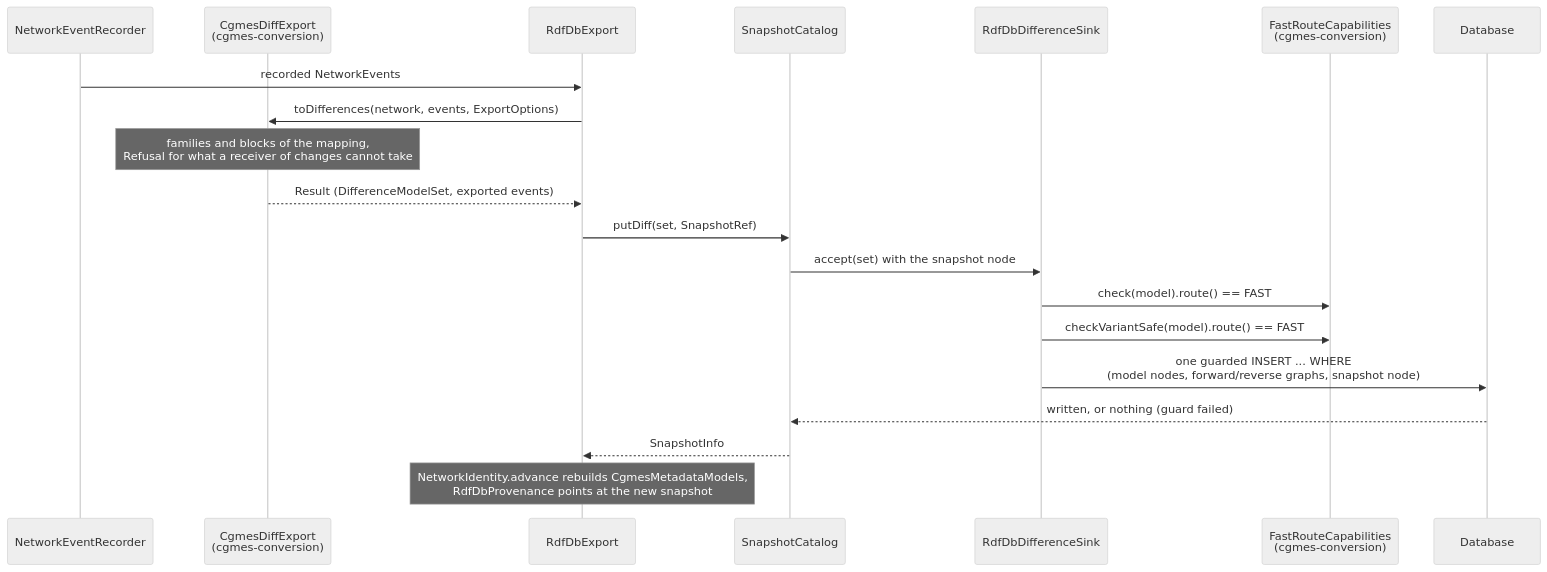
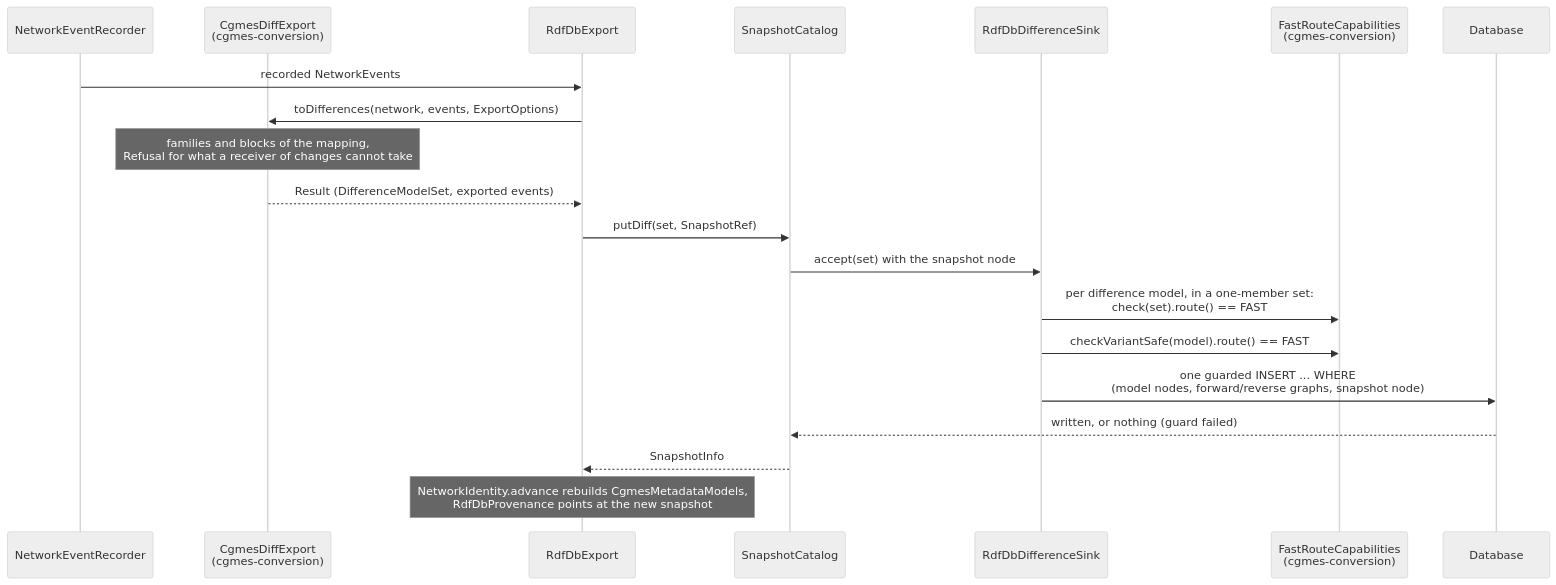
The second of 6 diagrams in docs/grid_exchange_formats/cgmes/rdf_database_integration.md (nicow-elia/powsybl-core), drawn with Mermaid (neutral theme) before and after one commit. The commit also changed other lines of this file and 3 other files, not shown here.

````diff
--- a/docs/grid_exchange_formats/cgmes/rdf_database_integration.md
+++ b/docs/grid_exchange_formats/cgmes/rdf_database_integration.md
@@ -44,22 +44,22 @@
 ```{mermaid}
 sequenceDiagram
     participant R as NetworkEventRecorder
     participant E as CgmesDiffExport<br/>(cgmes-conversion)
     participant X as RdfDbExport
     participant C as SnapshotCatalog
     participant S as RdfDbDifferenceSink
     participant F as FastRouteCapabilities<br/>(cgmes-conversion)
     participant D as Database
     R->>X: recorded NetworkEvents
     X->>E: toDifferences(network, events, ExportOptions)
     Note over E: families and blocks of the mapping,<br/>Refusal for what a receiver of changes cannot take
     E-->>X: Result (DifferenceModelSet, exported events)
     X->>C: putDiff(set, SnapshotRef)
     C->>S: accept(set) with the snapshot node
-    S->>F: check(model).route() == FAST
+    S->>F: per difference model, in a one-member set:<br/>check(set).route() == FAST
     S->>F: checkVariantSafe(model).route() == FAST
     S->>D: one guarded INSERT ... WHERE<br/>(model nodes, forward/reverse graphs, snapshot node)
     D-->>C: written, or nothing (guard failed)
     C-->>X: SnapshotInfo
     Note over X: NetworkIdentity.advance rebuilds CgmesMetadataModels,<br/>RdfDbProvenance points at the new snapshot
 ```
````
